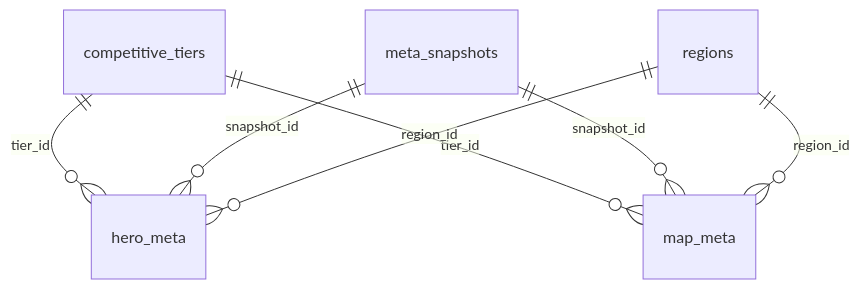
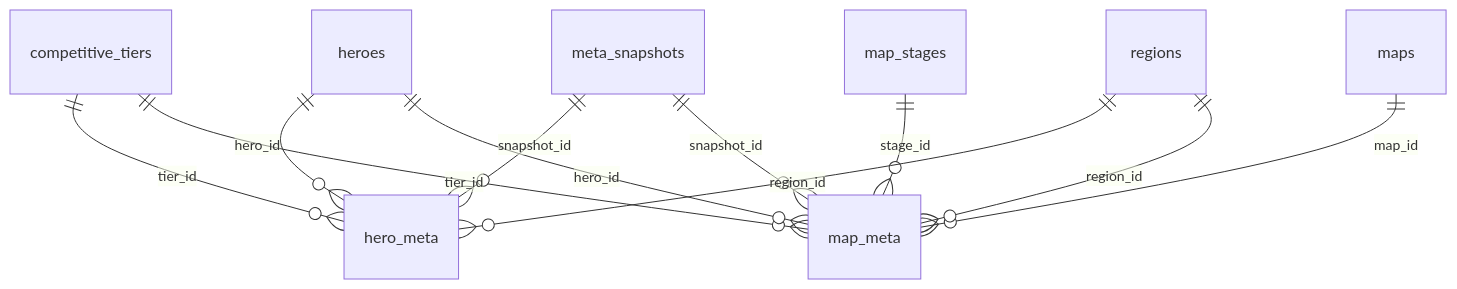
One commit to mmikol/overwatch-db changed the third of 4 diagrams in docs/erd.md. Above: the diagram before and after it, drawn with Mermaid. The commit also changed other lines of this file and 1 other file, not shown here.

````diff
--- a/docs/erd.md
+++ b/docs/erd.md
@@ -53,9 +62,13 @@
 ```mermaid
 erDiagram
     competitive_tiers ||--o{ hero_meta : "tier_id"
     competitive_tiers ||--o{ map_meta : "tier_id"
+    heroes ||--o{ hero_meta : "hero_id"
+    heroes ||--o{ map_meta : "hero_id"
+    map_stages ||--o{ map_meta : "stage_id"
+    maps ||--o{ map_meta : "map_id"
     meta_snapshots ||--o{ hero_meta : "snapshot_id"
     meta_snapshots ||--o{ map_meta : "snapshot_id"
     regions ||--o{ hero_meta : "region_id"
     regions ||--o{ map_meta : "region_id"
 ```
````
